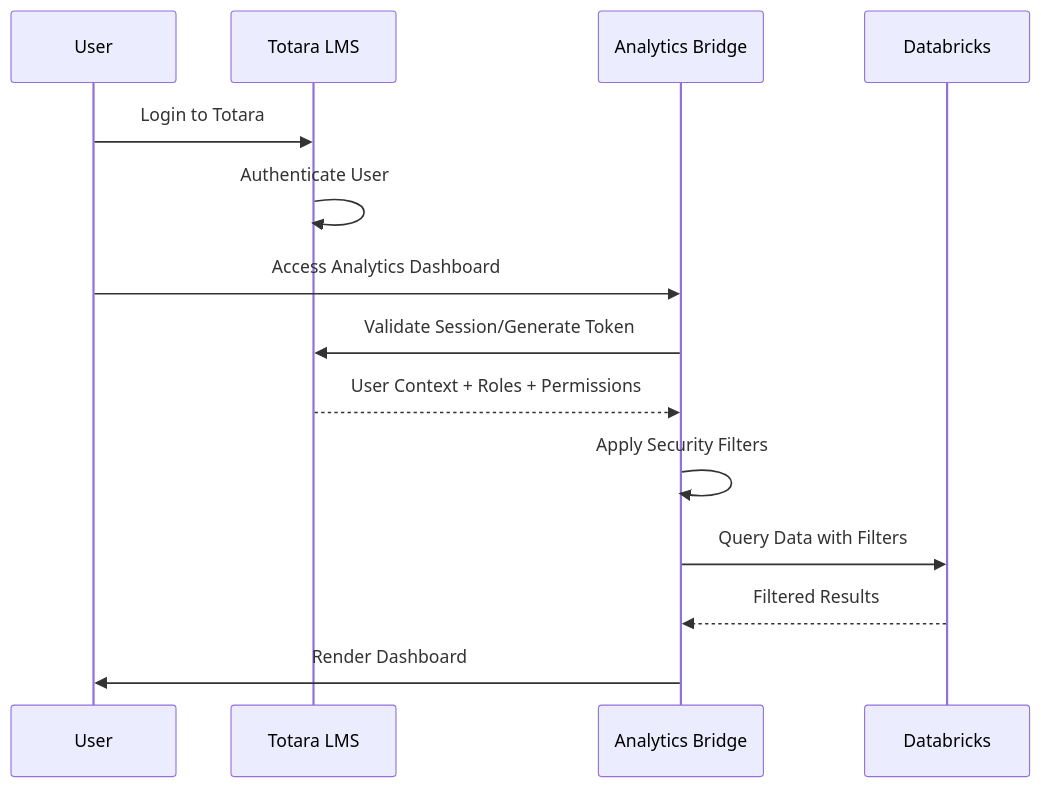
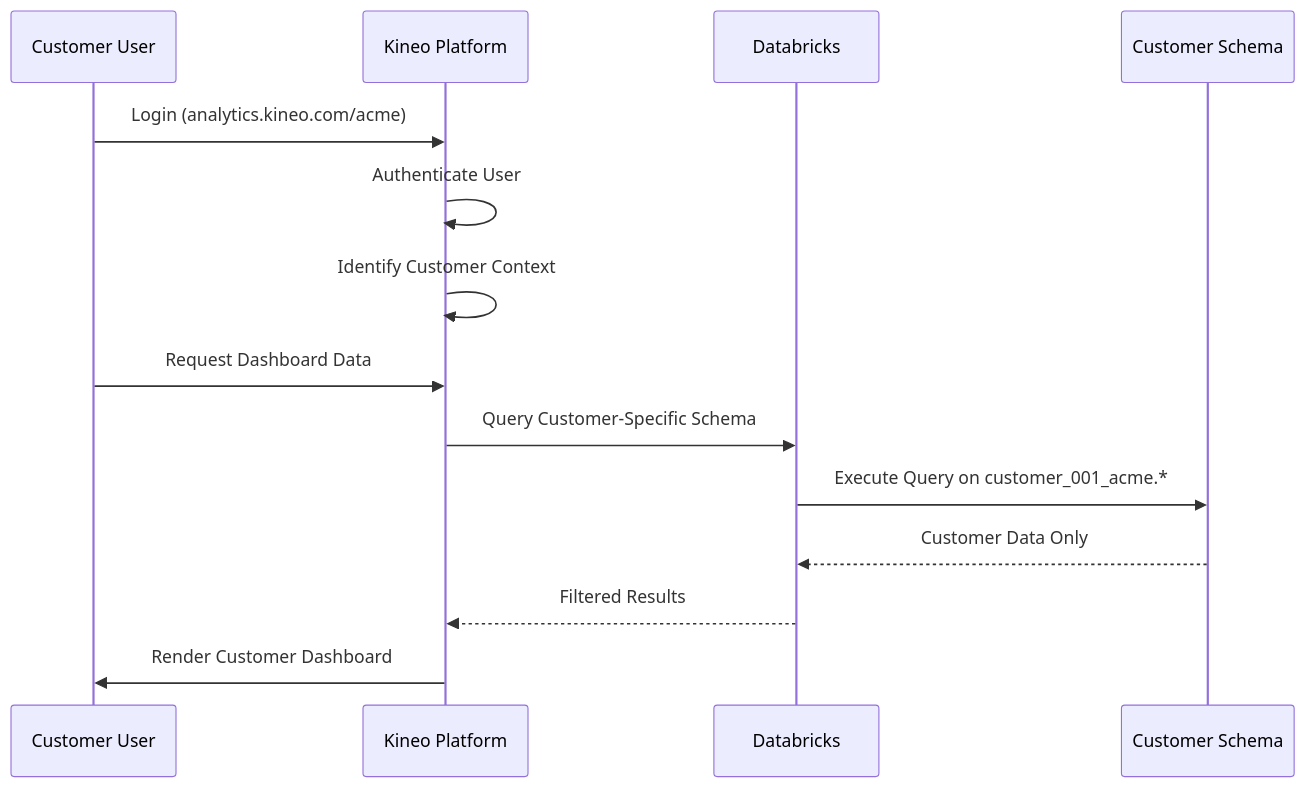
Before and after one commit to scullers68/kineo-analytics: the diagram in docs/architecture.md, drawn with Mermaid. The commit also changed other lines of this file, not shown here.

First line of the commit message:
Revise architecture to standalone multi-customer SaaS platform

````diff
--- a/docs/architecture.md
+++ b/docs/architecture.md
@@ -67,17 +118,17 @@
 ```mermaid
 sequenceDiagram
-    participant U as User
-    participant T as Totara LMS
-    participant B as Analytics Bridge
+    participant U as Customer User
+    participant P as Kineo Platform
     participant D as Databricks
+    participant S as Customer Schema
     
-    U->>T: Login to Totara
-    T->>T: Authenticate User
-    U->>B: Access Analytics Dashboard
-    B->>T: Validate Session/Generate Token
-    T-->>B: User Context + Roles + Permissions
-    B->>B: Apply Security Filters
-    B->>D: Query Data with Filters
-    D-->>B: Filtered Results
-    B->>U: Render Dashboard
+    U->>P: Login (analytics.kineo.com/acme)
+    P->>P: Authenticate User
+    P->>P: Identify Customer Context
+    U->>P: Request Dashboard Data
+    P->>D: Query Customer-Specific Schema
+    D->>S: Execute Query on customer_001_acme.*
+    S-->>D: Customer Data Only
+    D-->>P: Filtered Results
+    P->>U: Render Customer Dashboard
 ```
````
